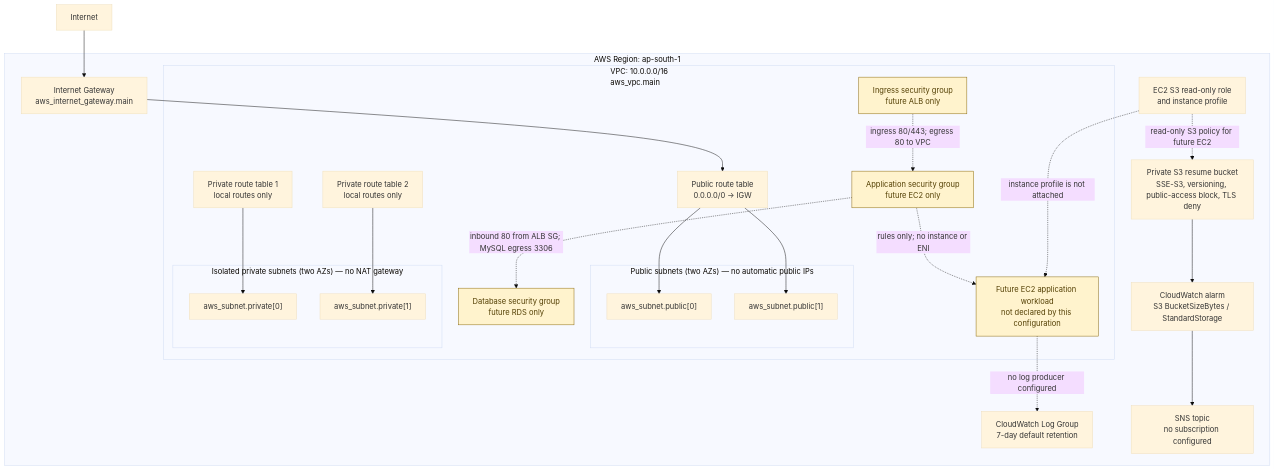
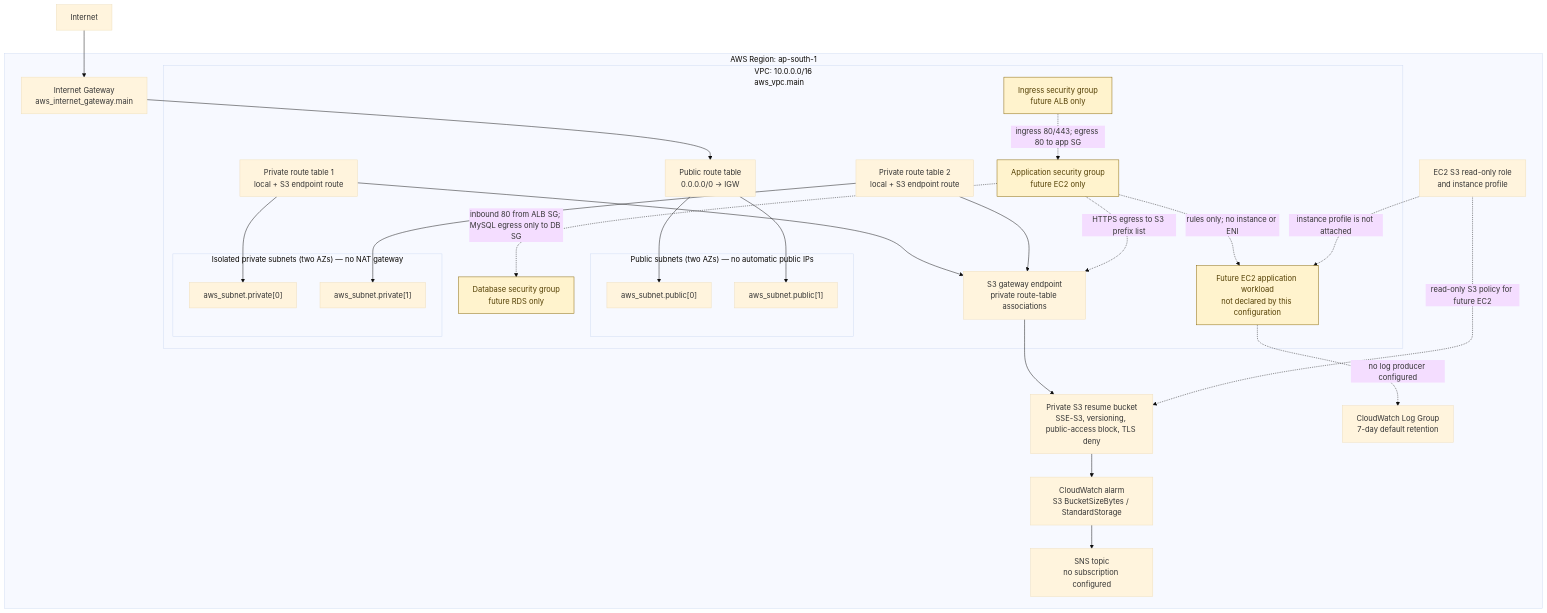
The diagram in assignments/week-12-talentflow-ai/infrastructure/terraform/architecture.mmd (sameerhdevops/davine-aws-cloud-internship), drawn with Mermaid (base theme) before and after one commit. The commit also changed 53 other files, not shown here.

```diff
--- a/assignments/week-12-talentflow-ai/infrastructure/terraform/architecture.mmd
+++ b/assignments/week-12-talentflow-ai/infrastructure/terraform/architecture.mmd
@@ -1,50 +1,55 @@
 flowchart TB
   Internet[Internet]
 
   subgraph AWS["AWS Region: ap-south-1"]
     IGW["Internet Gateway\naws_internet_gateway.main"]
 
     subgraph VPC["VPC: 10.0.0.0/16\naws_vpc.main"]
       PublicRT["Public route table\n0.0.0.0/0 → IGW"]
-      PrivateRT1["Private route table 1\nlocal routes only"]
-      PrivateRT2["Private route table 2\nlocal routes only"]
+      PrivateRT1["Private route table 1\nlocal + S3 endpoint route"]
+      PrivateRT2["Private route table 2\nlocal + S3 endpoint route"]
 
       subgraph PublicTier["Public subnets (two AZs) — no automatic public IPs"]
         Public1["aws_subnet.public[0]"]
         Public2["aws_subnet.public[1]"]
       end
 
       subgraph PrivateTier["Isolated private subnets (two AZs) — no NAT gateway"]
         Private1["aws_subnet.private[0]"]
         Private2["aws_subnet.private[1]"]
       end
 
       FutureWorkload["Future EC2 application workload\nnot declared by this configuration"]
+      S3Endpoint["S3 gateway endpoint\nprivate route-table associations"]
 
       IngressSG["Ingress security group\nfuture ALB only"]
       AppSG["Application security group\nfuture EC2 only"]
       DbSG["Database security group\nfuture RDS only"]
     end
 
     S3["Private S3 resume bucket\nSSE-S3, versioning, public-access block, TLS deny"]
     Role["EC2 S3 read-only role\nand instance profile"]
     Logs["CloudWatch Log Group\n7-day default retention"]
     Alarm["CloudWatch alarm\nS3 BucketSizeBytes / StandardStorage"]
     Topic["SNS topic\nno subscription configured"]
   end
 
   Internet --> IGW --> PublicRT
   PublicRT --> Public1
   PublicRT --> Public2
   PrivateRT1 --> Private1
   PrivateRT2 --> Private2
-  IngressSG -. "ingress 80/443; egress 80 to VPC" .-> AppSG
-  AppSG -. "inbound 80 from ALB SG; MySQL egress 3306" .-> DbSG
+  PrivateRT1 --> S3Endpoint
+  PrivateRT2 --> S3Endpoint
+  IngressSG -. "ingress 80/443; egress 80 to app SG" .-> AppSG
+  AppSG -. "inbound 80 from ALB SG; MySQL egress only to DB SG" .-> DbSG
+  AppSG -. "HTTPS egress to S3 prefix list" .-> S3Endpoint
+  S3Endpoint --> S3
   Role -. "read-only S3 policy for future EC2" .-> S3
   S3 --> Alarm --> Topic
   AppSG -. "rules only; no instance or ENI" .-> FutureWorkload
   Role -. "instance profile is not attached" .-> FutureWorkload
   FutureWorkload -. "no log producer configured" .-> Logs
 
   classDef future fill:#fff3cd,stroke:#856404,color:#533f03;
   class FutureWorkload,IngressSG,AppSG,DbSG future;
```
